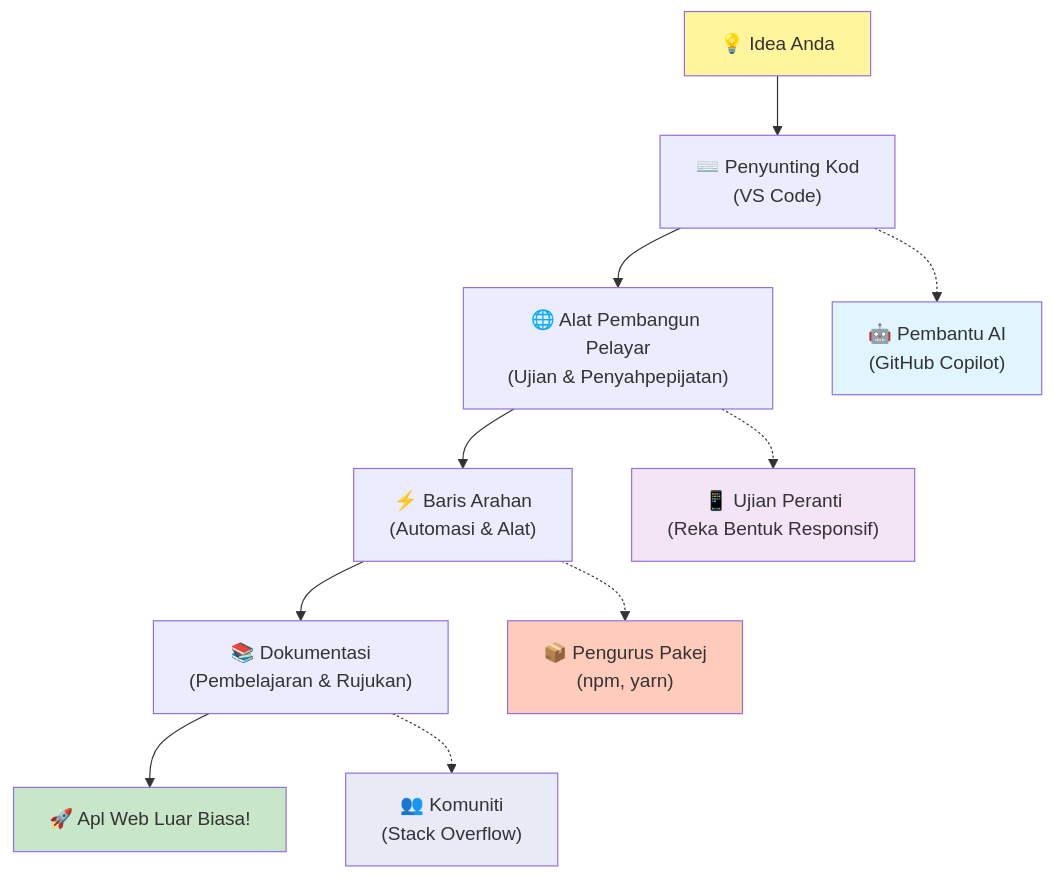
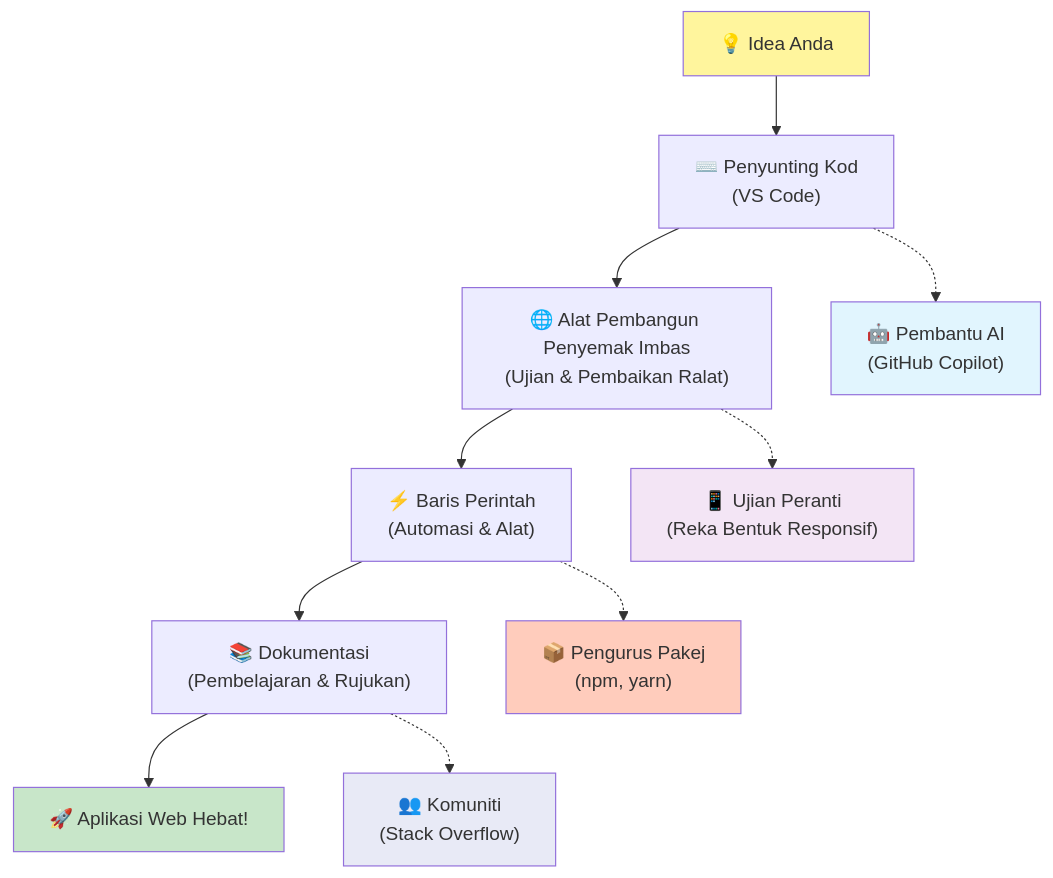
The fifth of 7 diagrams in translations/ms/1-getting-started-lessons/1-intro-to-programming-languages/README.md (microsoft/Web-Dev-For-Beginners), drawn with Mermaid before and after one commit. The commit also changed other lines of this file and 8 other files, not shown here.

````diff
--- a/translations/ms/1-getting-started-lessons/1-intro-to-programming-languages/README.md
+++ b/translations/ms/1-getting-started-lessons/1-intro-to-programming-languages/README.md
@@ -488,20 +488,20 @@
 ```mermaid
 graph TD
     A["💡 Idea Anda"] --> B["⌨️ Penyunting Kod<br/>(VS Code)"] 
-    B --> C["🌐 Alat Pembangun Pelayar<br/>(Ujian & Penyahpepijatan)"]
-    C --> D["⚡ Baris Arahan<br/>(Automasi & Alat)"]
+    B --> C["🌐 Alat Pembangun Penyemak Imbas<br/>(Ujian & Pembaikan Ralat)"]
+    C --> D["⚡ Baris Perintah<br/>(Automasi & Alat)"]
     D --> E["📚 Dokumentasi<br/>(Pembelajaran & Rujukan)"]
-    E --> F["🚀 Apl Web Luar Biasa!"]
+    E --> F["🚀 Aplikasi Web Hebat!"]
     
     B -.-> G["🤖 Pembantu AI<br/>(GitHub Copilot)"]
     C -.-> H["📱 Ujian Peranti<br/>(Reka Bentuk Responsif)"]
     D -.-> I["📦 Pengurus Pakej<br/>(npm, yarn)"]
     E -.-> J["👥 Komuniti<br/>(Stack Overflow)"]
     
     style A fill:#fff59d
     style F fill:#c8e6c9
     style G fill:#e1f5fe
     style H fill:#f3e5f5
     style I fill:#ffccbc
     style J fill:#e8eaf6
 ```
````
